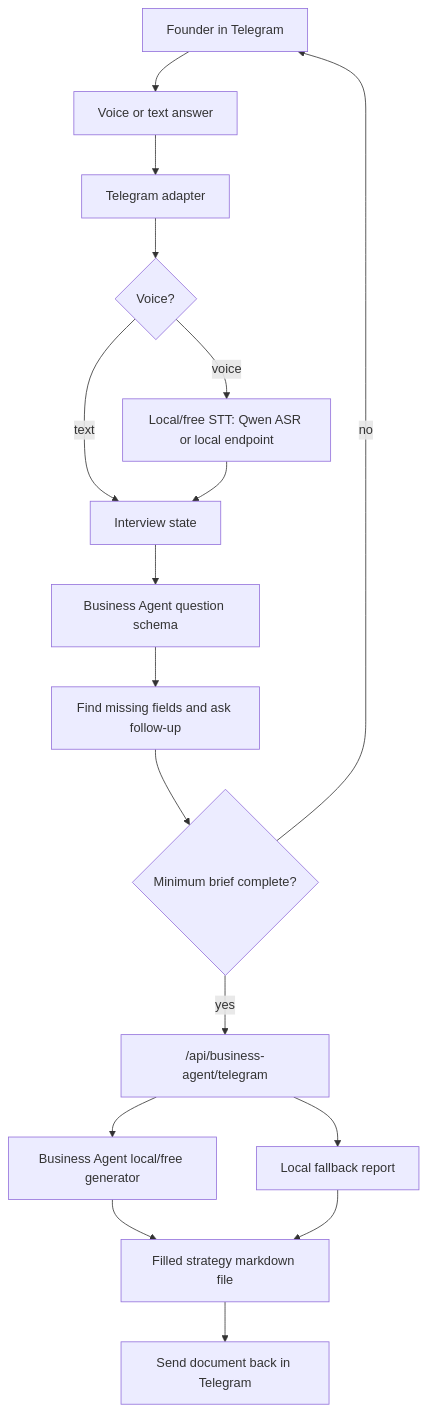
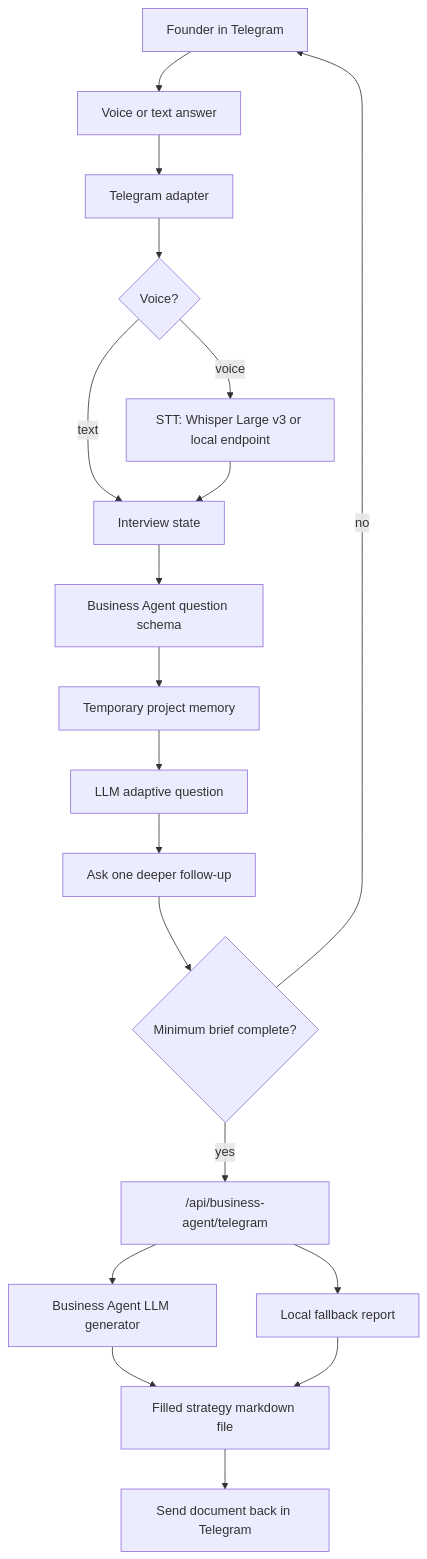
Before and after one commit to egoriklok/OmniRoute: the diagram in docs/TELEGRAM_BUSINESS_VOICE_BOT.md, drawn with Mermaid. The commit also changed other lines of this file and 11 other files, not shown here.

Commit message:
feat: add adaptive business agent interview memory

````diff
--- a/docs/TELEGRAM_BUSINESS_VOICE_BOT.md
+++ b/docs/TELEGRAM_BUSINESS_VOICE_BOT.md
@@ -60,19 +60,21 @@
 ```mermaid
 flowchart TD
   User["Founder in Telegram"] --> Voice["Voice or text answer"]
   Voice --> Adapter["Telegram adapter"]
   Adapter --> STT{"Voice?"}
   STT -->|text| State["Interview state"]
-  STT -->|voice| LocalSTT["Local/free STT: Qwen ASR or local endpoint"]
-  LocalSTT --> State
+  STT -->|voice| BetterSTT["STT: Whisper Large v3 or local endpoint"]
+  BetterSTT --> State
   State --> Questions["Business Agent question schema"]
-  Questions --> Missing["Find missing fields and ask follow-up"]
+  Questions --> Memory["Temporary project memory"]
+  Memory --> Adaptive["LLM adaptive question"]
+  Adaptive --> Missing["Ask one deeper follow-up"]
   Missing --> Complete{"Minimum brief complete?"}
   Complete -->|no| User
   Complete -->|yes| API["/api/business-agent/telegram"]
-  API --> FreeModel["Business Agent local/free generator"]
+  API --> FreeModel["Business Agent LLM generator"]
   API --> Fallback["Local fallback report"]
   FreeModel --> File["Filled strategy markdown file"]
   Fallback --> File
   File --> TelegramFile["Send document back in Telegram"]
 ```
````
